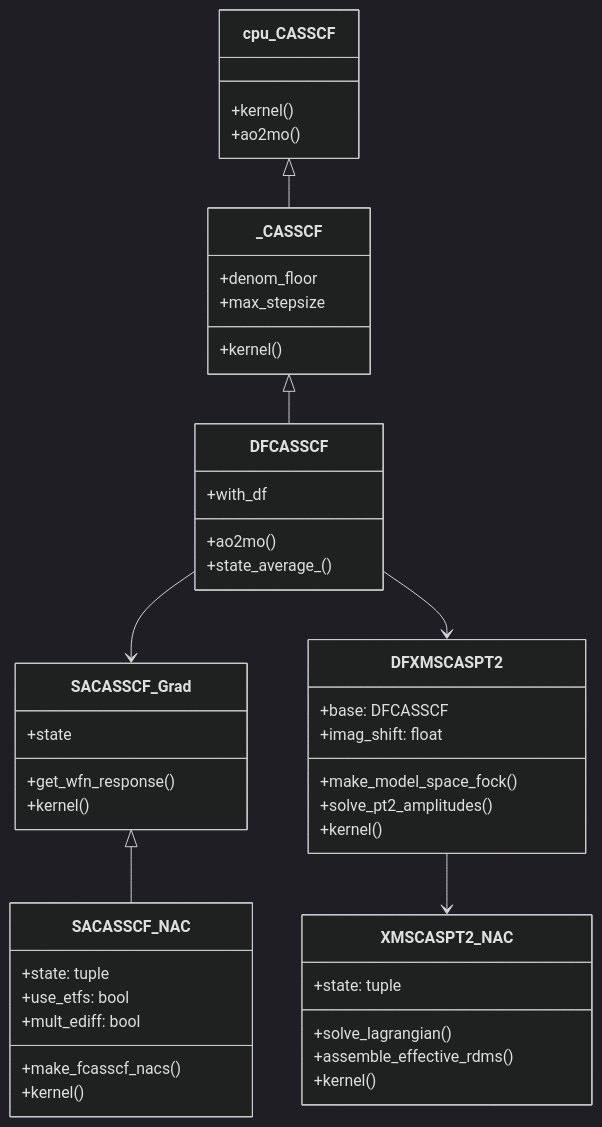
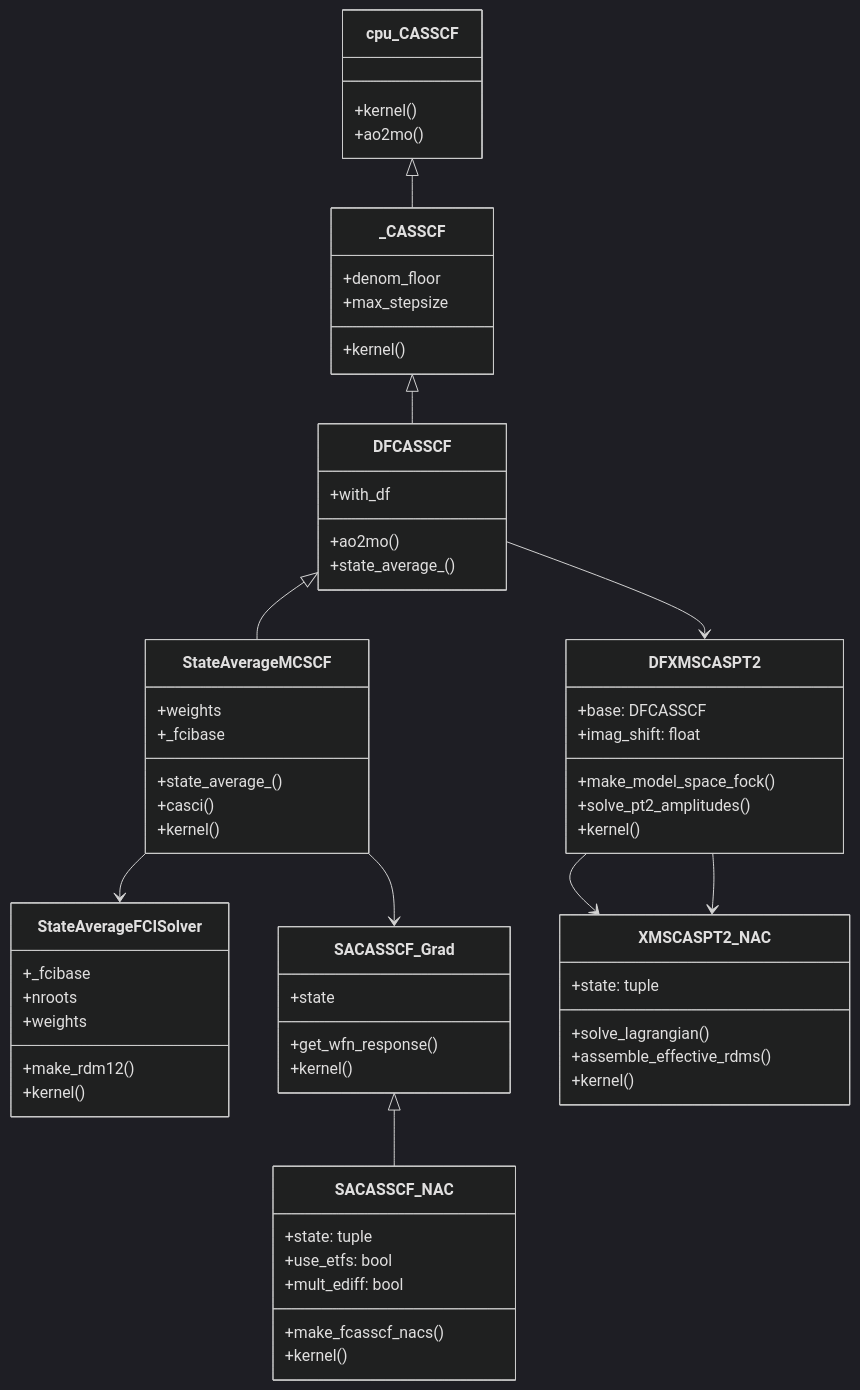
Before and after one commit to KhangLuong314/gpu4pyscf: the diagram in knowledge_base/04_software_architecture_gpu4pyscf.md, drawn with Mermaid (dark theme). The commit also changed other lines of this file and 25 other files, not shown here.

````diff
--- a/knowledge_base/04_software_architecture_gpu4pyscf.md
+++ b/knowledge_base/04_software_architecture_gpu4pyscf.md
@@ -107,49 +137,66 @@
 ```mermaid
 classDiagram
     class cpu_CASSCF {
         +kernel()
         +ao2mo()
     }
     class _CASSCF {
         +denom_floor
         +max_stepsize
         +kernel()
     }
     class DFCASSCF {
         +with_df
         +ao2mo()
         +state_average_()
+    }
+    class StateAverageMCSCF {
+        +weights
+        +_fcibase
+        +state_average_()
+        +casci()
+        +kernel()
+    }
+    class StateAverageFCISolver {
+        +_fcibase
+        +nroots
+        +weights
+        +make_rdm12()
+        +kernel()
     }
     class SACASSCF_Grad {
         +state
         +get_wfn_response()
         +kernel()
     }
     class SACASSCF_NAC {
         +state: tuple
         +use_etfs: bool
         +mult_ediff: bool
         +make_fcasscf_nacs()
         +kernel()
     }
     class DFXMSCASPT2 {
         +base: DFCASSCF
         +imag_shift: float
         +make_model_space_fock()
         +solve_pt2_amplitudes()
         +kernel()
     }
     class XMSCASPT2_NAC {
         +state: tuple
         +solve_lagrangian()
         +assemble_effective_rdms()
         +kernel()
     }
 
     cpu_CASSCF <|-- _CASSCF
     _CASSCF <|-- DFCASSCF
-    DFCASSCF --> SACASSCF_Grad
+    DFCASSCF <|-- StateAverageMCSCF
+    StateAverageMCSCF --> StateAverageFCISolver
+    StateAverageMCSCF --> SACASSCF_Grad
     SACASSCF_Grad <|-- SACASSCF_NAC
     DFCASSCF --> DFXMSCASPT2
     DFXMSCASPT2 --> XMSCASPT2_NAC
+    DFXMSCASPT2 --> XMSCASPT2_NAC
 ```
````
